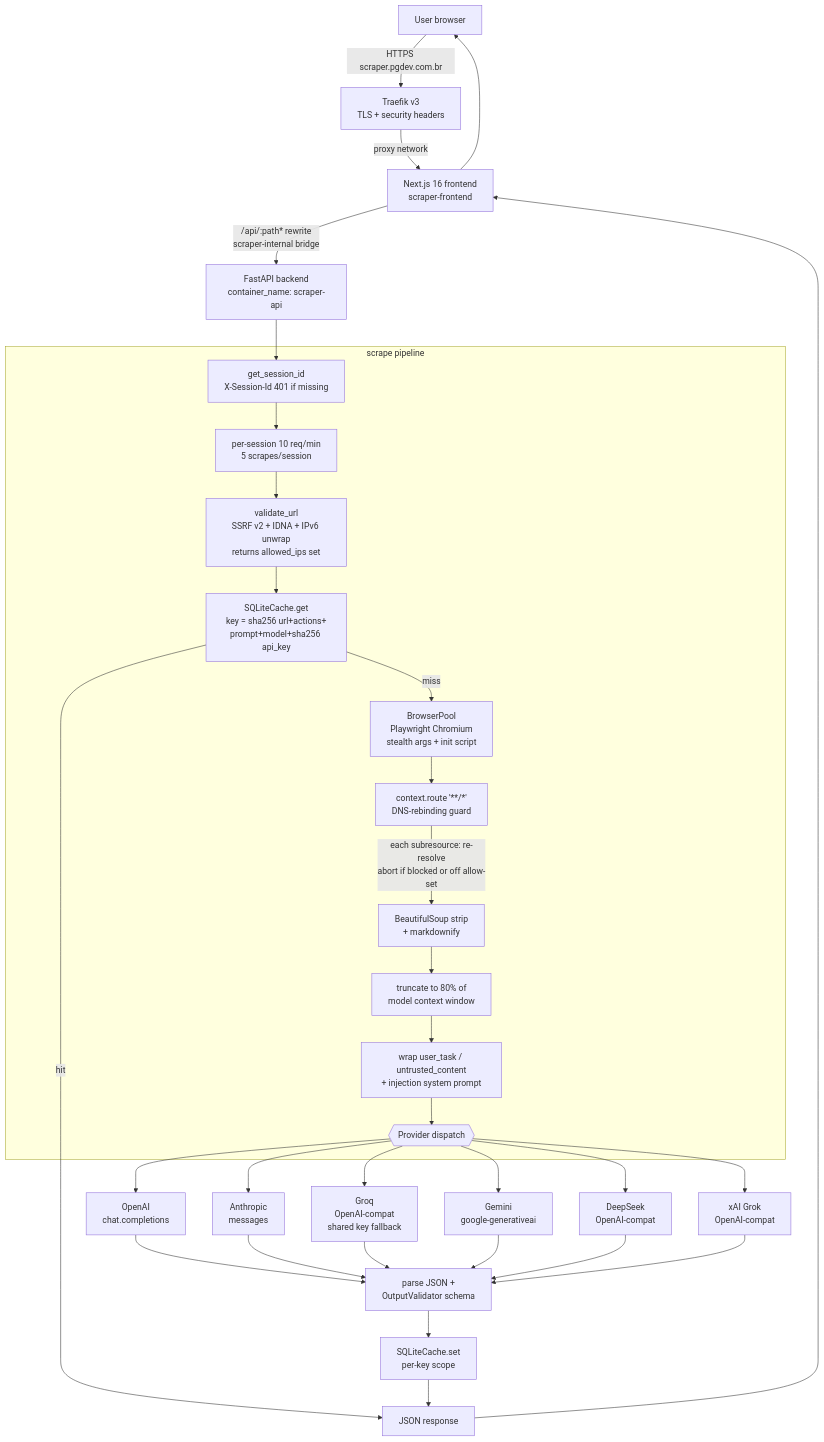
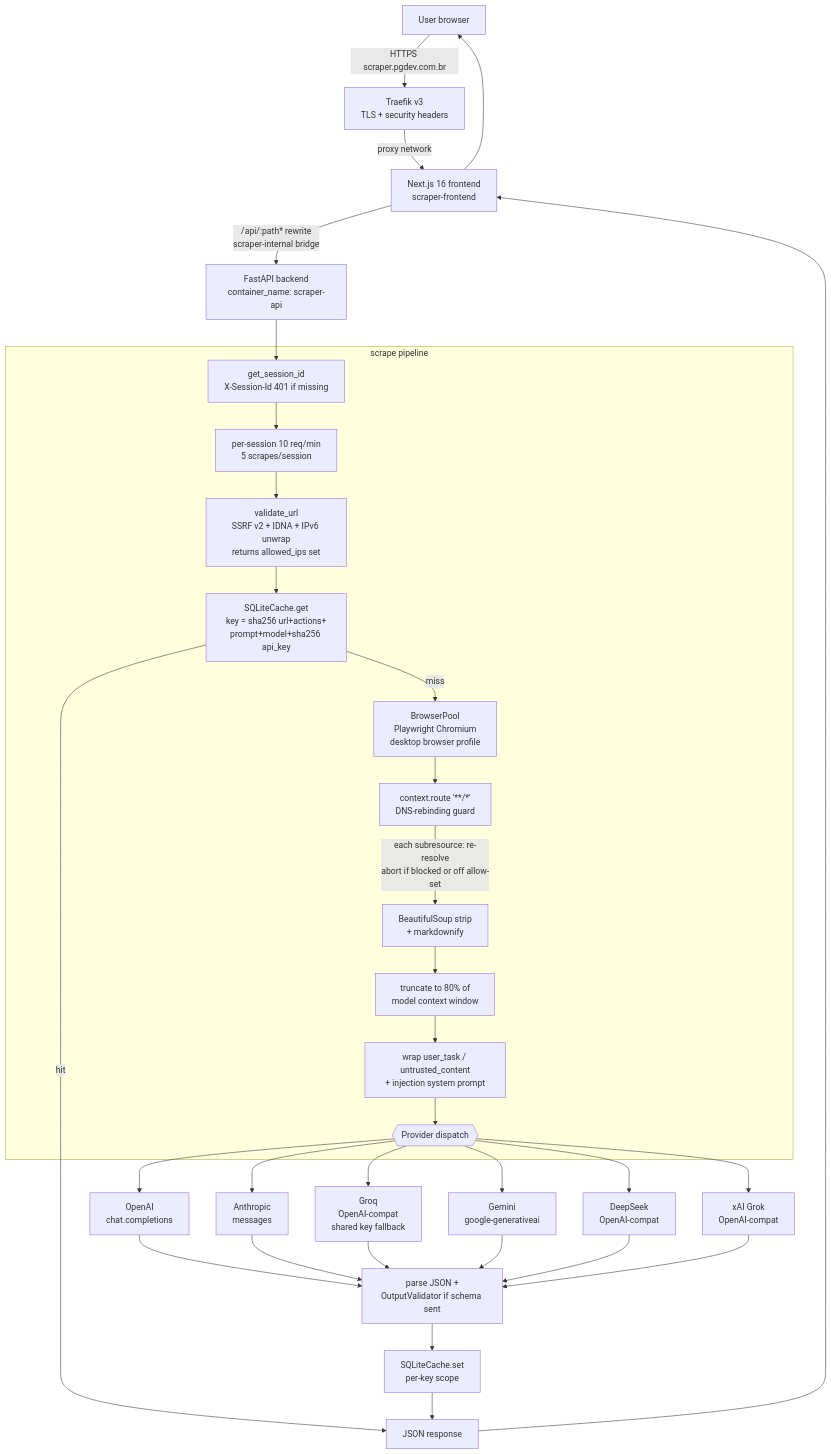
One commit to DevPedroGomes/scraping_agent changed the diagram in README.md. Above: the diagram before and after it, drawn with Mermaid. The commit also changed other lines of this file, not shown here.

````diff
--- a/README.md
+++ b/README.md
@@ -16,45 +17,45 @@
 ```mermaid
 flowchart TD
     U[User browser]
     U -->|HTTPS scraper.pgdev.com.br| TR[Traefik v3<br/>TLS + security headers]
     TR -->|proxy network| FE[Next.js 16 frontend<br/>scraper-frontend]
     FE -->|/api/:path* rewrite<br/>scraper-internal bridge| API[FastAPI backend<br/>container_name: scraper-api]
 
     subgraph API_PIPELINE [scrape pipeline]
         S1[get_session_id<br/>X-Session-Id 401 if missing]
         S2[per-session 10 req/min<br/>5 scrapes/session]
         V[validate_url<br/>SSRF v2 + IDNA + IPv6 unwrap<br/>returns allowed_ips set]
-        BP[BrowserPool<br/>Playwright Chromium<br/>stealth args + init script]
+        BP[BrowserPool<br/>Playwright Chromium<br/>desktop browser profile]
         RG[context.route '**/*'<br/>DNS-rebinding guard]
         H2M[BeautifulSoup strip<br/>+ markdownify]
         TR2[truncate to 80% of<br/>model context window]
         CK[SQLiteCache.get<br/>key = sha256 url+actions+<br/>prompt+model+sha256 api_key]
         WRAP["wrap user_task / untrusted_content<br/>+ injection system prompt"]
         LLM{{Provider dispatch}}
     end
 
     API --> S1 --> S2 --> V --> CK
     CK -->|hit| RESP[JSON response]
     CK -->|miss| BP
     BP --> RG
     RG -->|each subresource: re-resolve<br/>abort if blocked or off allow-set| H2M
     H2M --> TR2 --> WRAP --> LLM
 
     LLM --> P1[OpenAI<br/>chat.completions]
     LLM --> P2[Anthropic<br/>messages]
     LLM --> P3[Groq<br/>OpenAI-compat<br/>shared key fallback]
     LLM --> P4[Gemini<br/>google-generativeai]
     LLM --> P5[DeepSeek<br/>OpenAI-compat]
     LLM --> P6[xAI Grok<br/>OpenAI-compat]
 
-    P1 --> J[parse JSON +<br/>OutputValidator schema]
+    P1 --> J[parse JSON +<br/>OutputValidator if schema sent]
     P2 --> J
     P3 --> J
     P4 --> J
     P5 --> J
     P6 --> J
     J --> CW[SQLiteCache.set<br/>per-key scope]
     CW --> RESP
     RESP --> FE
     FE --> U
 ```
````
